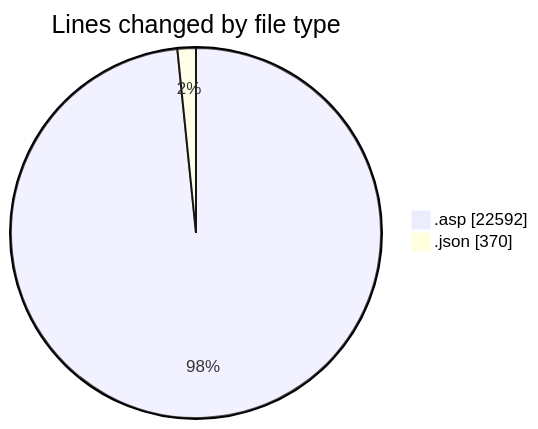
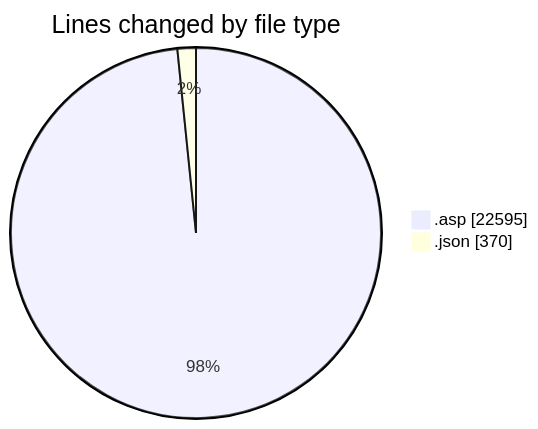
One commit to julien-gomy/code-tracking changed the first of 2 diagrams in 2025-11-01/cdp_aleoudev_fr__workspace_/README.md. Above: the diagram before and after it, drawn with Mermaid. The commit also changed other lines of this file and 1 other file, not shown here.

````diff
--- a/2025-11-01/cdp_aleoudev_fr__workspace_/README.md
+++ b/2025-11-01/cdp_aleoudev_fr__workspace_/README.md
@@ -29,6 +29,6 @@
 ```mermaid
 pie showData
 title Lines changed by file type
-".asp" : 22592
+".asp" : 22595
 ".json" : 370
 ```
````
